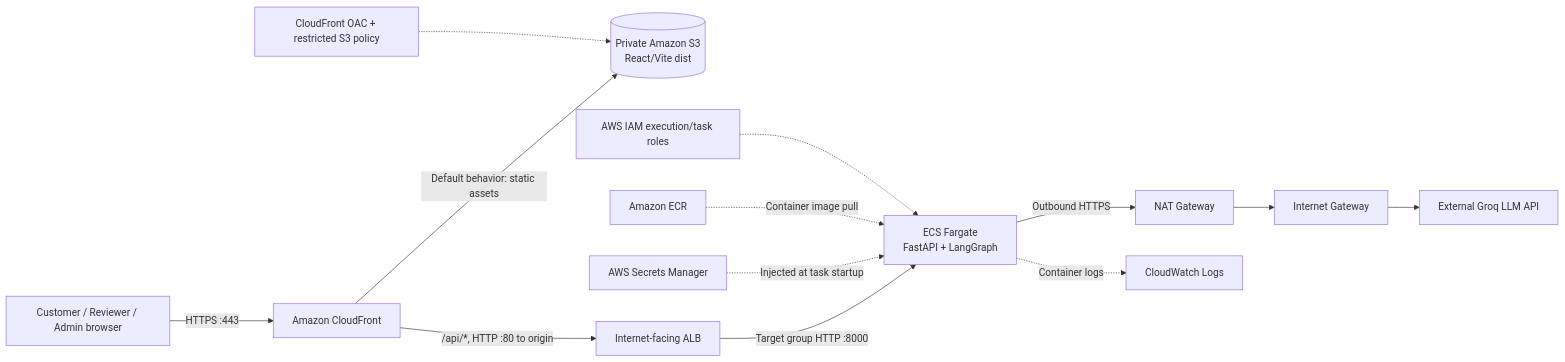
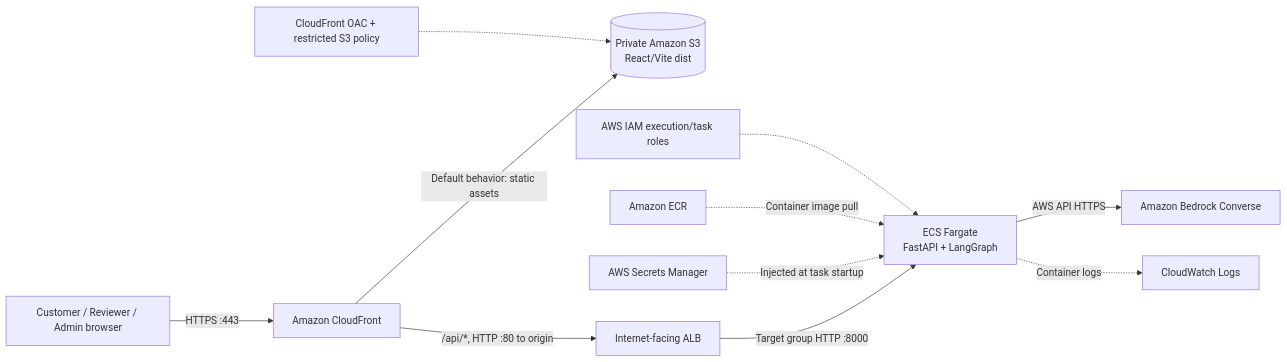
Before and after one commit to aamir490/NovaMind-Agentic-Customer-Resolution-Platform-MultiLLM: the first of 4 diagrams in README.md, drawn with Mermaid. The commit also changed other lines of this file and 80 other files, not shown here.

````diff
--- a/README.md
+++ b/README.md
@@ -174,15 +190,13 @@
 ```mermaid
 flowchart LR
   CUSTOMER[Customer / Reviewer / Admin browser] -->|HTTPS :443| CF[Amazon CloudFront]
   CF -->|Default behavior: static assets| S3[(Private Amazon S3\nReact/Vite dist)]
   CF -->|/api/*, HTTP :80 to origin| ALB[Internet-facing ALB]
   ALB -->|Target group HTTP :8000| ECS[ECS Fargate\nFastAPI + LangGraph]
-  ECS -->|Outbound HTTPS| NAT[NAT Gateway]
-  NAT --> IGW[Internet Gateway]
-  IGW --> GROQ[External Groq LLM API]
+  ECS -->|AWS API HTTPS| BEDROCK[Amazon Bedrock Converse]
   SM[AWS Secrets Manager] -.->|Injected at task startup| ECS
   ECR[Amazon ECR] -.->|Container image pull| ECS
   ECS -.->|Container logs| CW[CloudWatch Logs]
   IAM[AWS IAM execution/task roles] -.-> ECS
   OAC[CloudFront OAC + restricted S3 policy] -.-> S3
 ```
````
